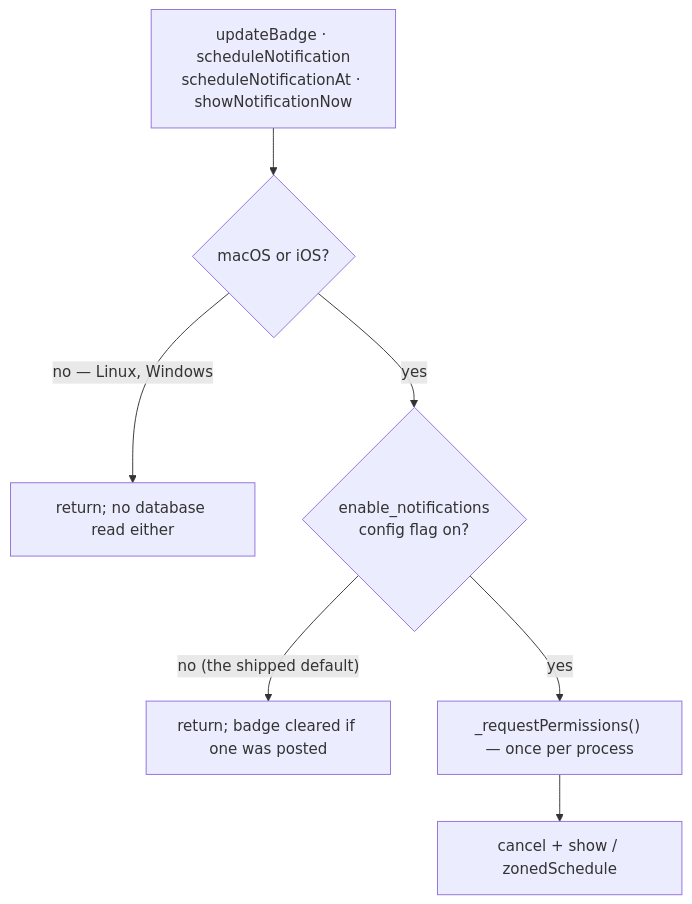
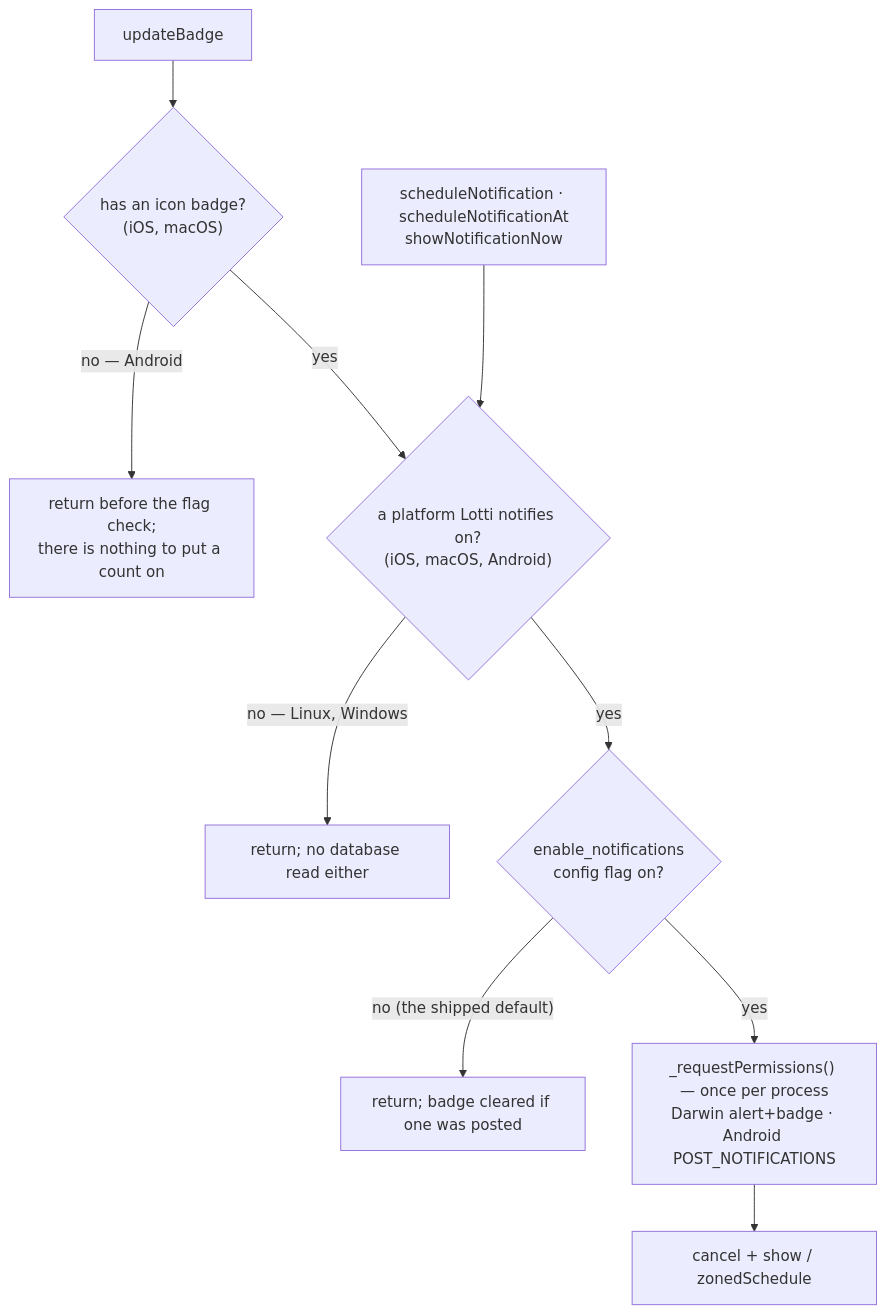
The third of 4 diagrams in knowledge/features/notifications.md (matthiasn/lotti), drawn with Mermaid before and after one commit. The commit also changed other lines of this file and 65 other files, not shown here.

Commit message:
feat: OS check-in reminders, and Android notifications that work

````diff
--- a/knowledge/features/notifications.md
+++ b/knowledge/features/notifications.md
@@ -120,10 +136,14 @@
 ```mermaid
 flowchart TD
-  Entry["updateBadge · scheduleNotification<br/>scheduleNotificationAt · showNotificationNow"]
-  Entry --> Platform{"macOS or iOS?"}
+  Entry["scheduleNotification · scheduleNotificationAt<br/>showNotificationNow"]
+  Badge["updateBadge"]
+  Badge --> IconBadge{"has an icon badge?<br/>(iOS, macOS)"}
+  IconBadge -- "no — Android" --> StopBadge["return before the flag check;<br/>there is nothing to put a count on"]
+  IconBadge -- yes --> Platform
+  Entry --> Platform{"a platform Lotti notifies on?<br/>(iOS, macOS, Android)"}
   Platform -- "no — Linux, Windows" --> Stop["return; no database read either"]
   Platform -- yes --> Flag{"enable_notifications<br/>config flag on?"}
   Flag -- "no (the shipped default)" --> Stop2["return; badge cleared if one was posted"]
-  Flag -- yes --> Ask["_requestPermissions() — once per process"]
+  Flag -- yes --> Ask["_requestPermissions() — once per process<br/>Darwin alert+badge · Android POST_NOTIFICATIONS"]
   Ask --> Post["cancel + show / zonedSchedule"]
 ```
````
